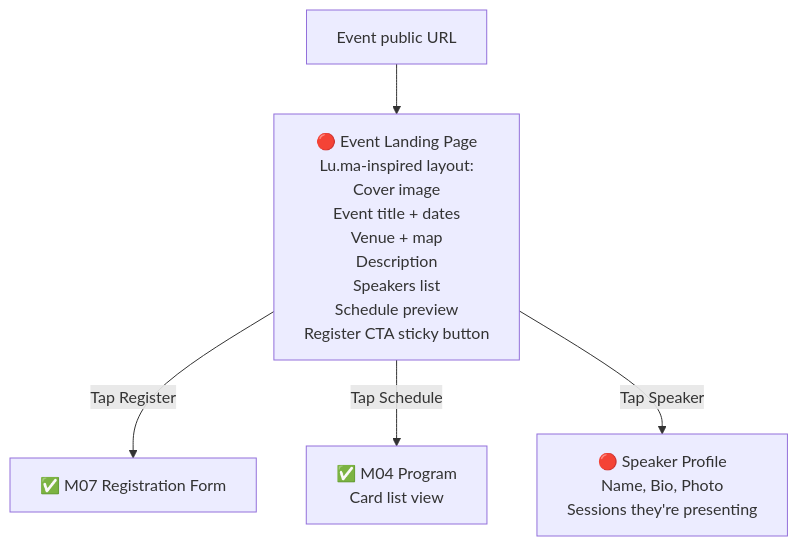
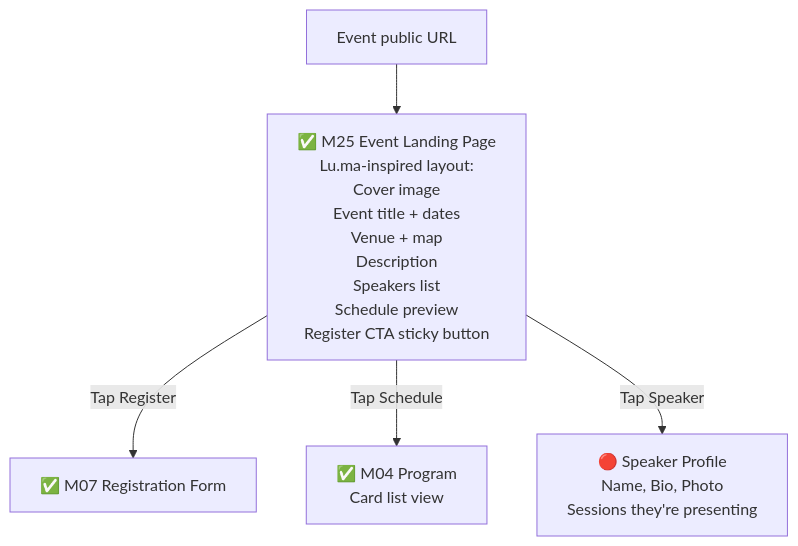
Before and after one commit to drshailesh88/G_I_C_A: diagram 15 of 15 in research-hub/USER_FLOWS.md, drawn with Mermaid. The commit also changed other lines of this file and 16 other files, not shown here.

````diff
--- a/research-hub/USER_FLOWS.md
+++ b/research-hub/USER_FLOWS.md
@@ -289,8 +292,8 @@
 ```mermaid
 flowchart TD
-    PUBLIC_URL[Event public URL] --> LANDING[🔴 Event Landing Page<br/>Lu.ma-inspired layout:<br/>Cover image<br/>Event title + dates<br/>Venue + map<br/>Description<br/>Speakers list<br/>Schedule preview<br/>Register CTA sticky button]
+    PUBLIC_URL[Event public URL] --> LANDING[✅ M25 Event Landing Page<br/>Lu.ma-inspired layout:<br/>Cover image<br/>Event title + dates<br/>Venue + map<br/>Description<br/>Speakers list<br/>Schedule preview<br/>Register CTA sticky button]
 
     LANDING -->|Tap Register| REG_FORM[✅ M07 Registration Form]
     LANDING -->|Tap Schedule| SCHEDULE_VIEW[✅ M04 Program<br/>Card list view]
     LANDING -->|Tap Speaker| SPEAKER_PROFILE[🔴 Speaker Profile<br/>Name, Bio, Photo<br/>Sessions they're presenting]
 ```
````
